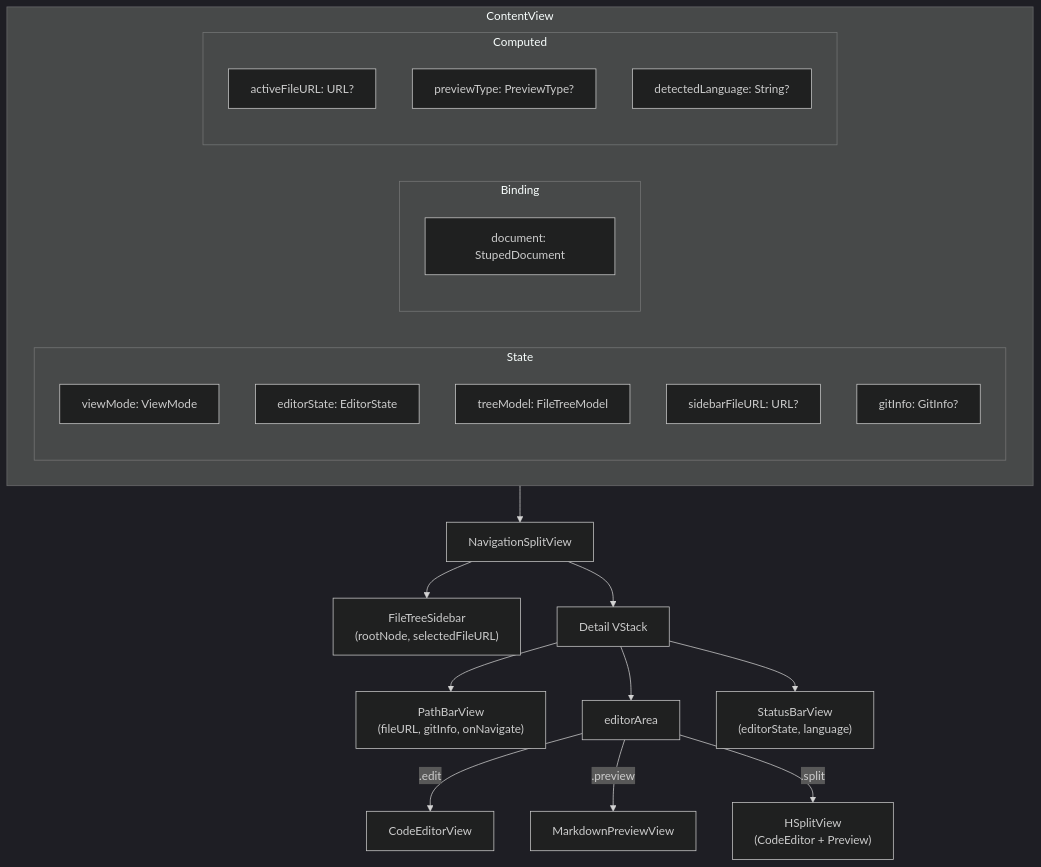
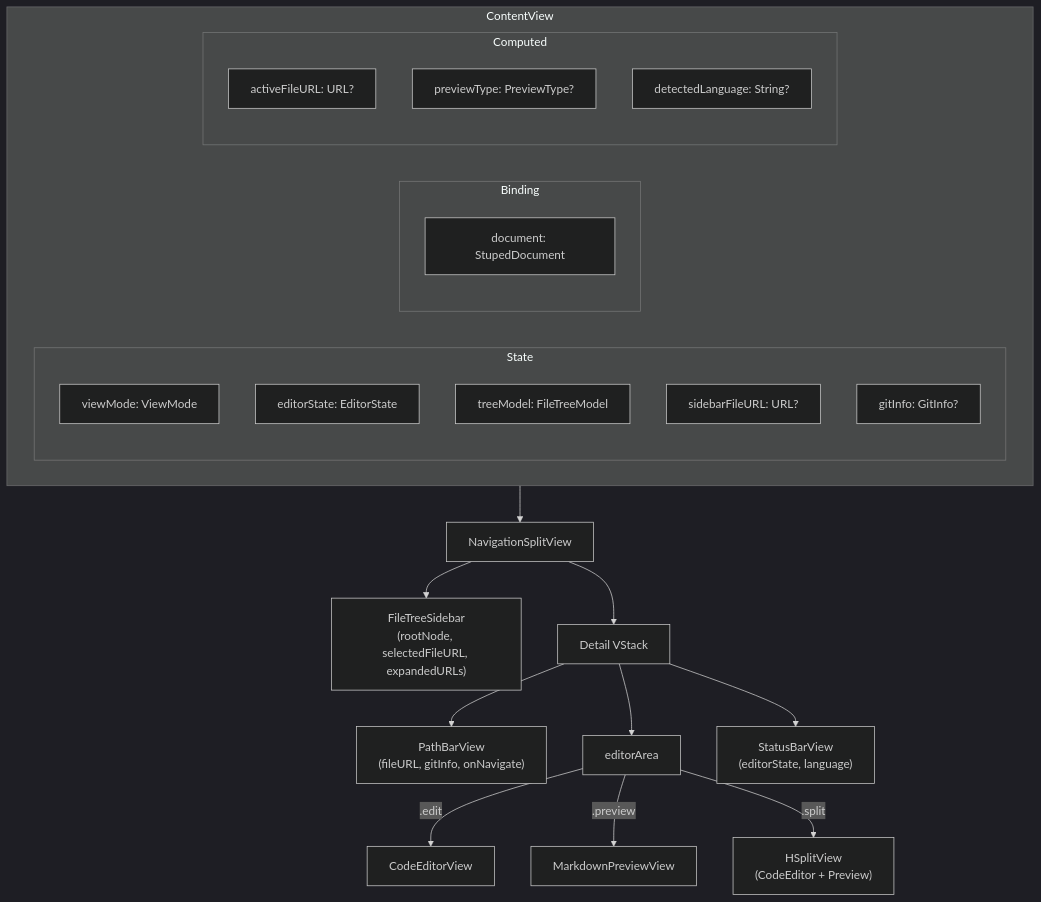
Before and after one commit to bjblazko/stuped: the third of 7 diagrams in doc/arc42.md, drawn with Mermaid (dark theme). The commit also changed other lines of this file and 19 other files, not shown here.

````diff
--- a/doc/arc42.md
+++ b/doc/arc42.md
@@ -108,31 +110,31 @@
 ```mermaid
 graph TD
     subgraph ContentView
         subgraph State
             viewMode["viewMode: ViewMode"]
             editorState["editorState: EditorState"]
             treeModel["treeModel: FileTreeModel"]
             sidebarFileURL["sidebarFileURL: URL?"]
             gitInfo["gitInfo: GitInfo?"]
         end
         subgraph Binding
             document["document: StupedDocument"]
         end
         subgraph Computed
             activeFileURL["activeFileURL: URL?"]
             previewType["previewType: PreviewType?"]
             detectedLanguage["detectedLanguage: String?"]
         end
     end
 
     ContentView --> NSV["NavigationSplitView"]
-    NSV --> Sidebar["FileTreeSidebar\n(rootNode, selectedFileURL)"]
+    NSV --> Sidebar["FileTreeSidebar\n(rootNode, selectedFileURL, expandedURLs)"]
     NSV --> Detail["Detail VStack"]
     Detail --> PBV["PathBarView\n(fileURL, gitInfo, onNavigate)"]
     Detail --> EditorArea["editorArea"]
     Detail --> SBV["StatusBarView\n(editorState, language)"]
 
     EditorArea -->|".edit"| CEV["CodeEditorView"]
     EditorArea -->|".preview"| MPV["MarkdownPreviewView"]
     EditorArea -->|".split"| Split["HSplitView\n(CodeEditor + Preview)"]
 ```
````
